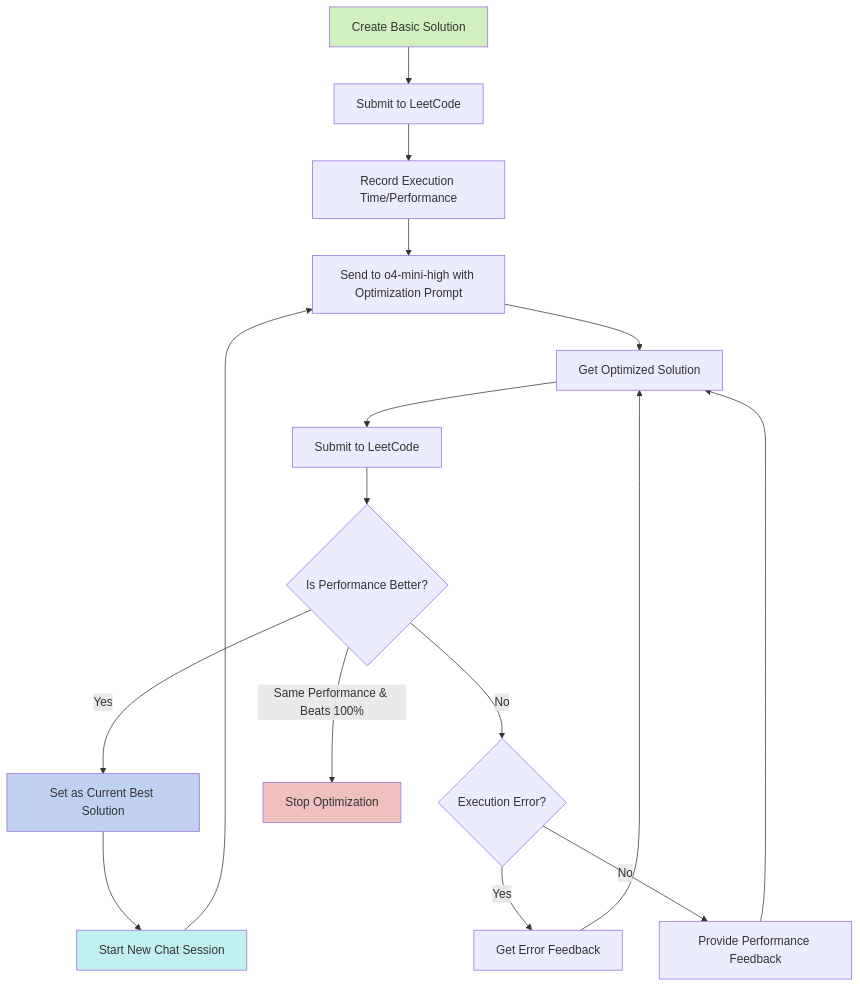
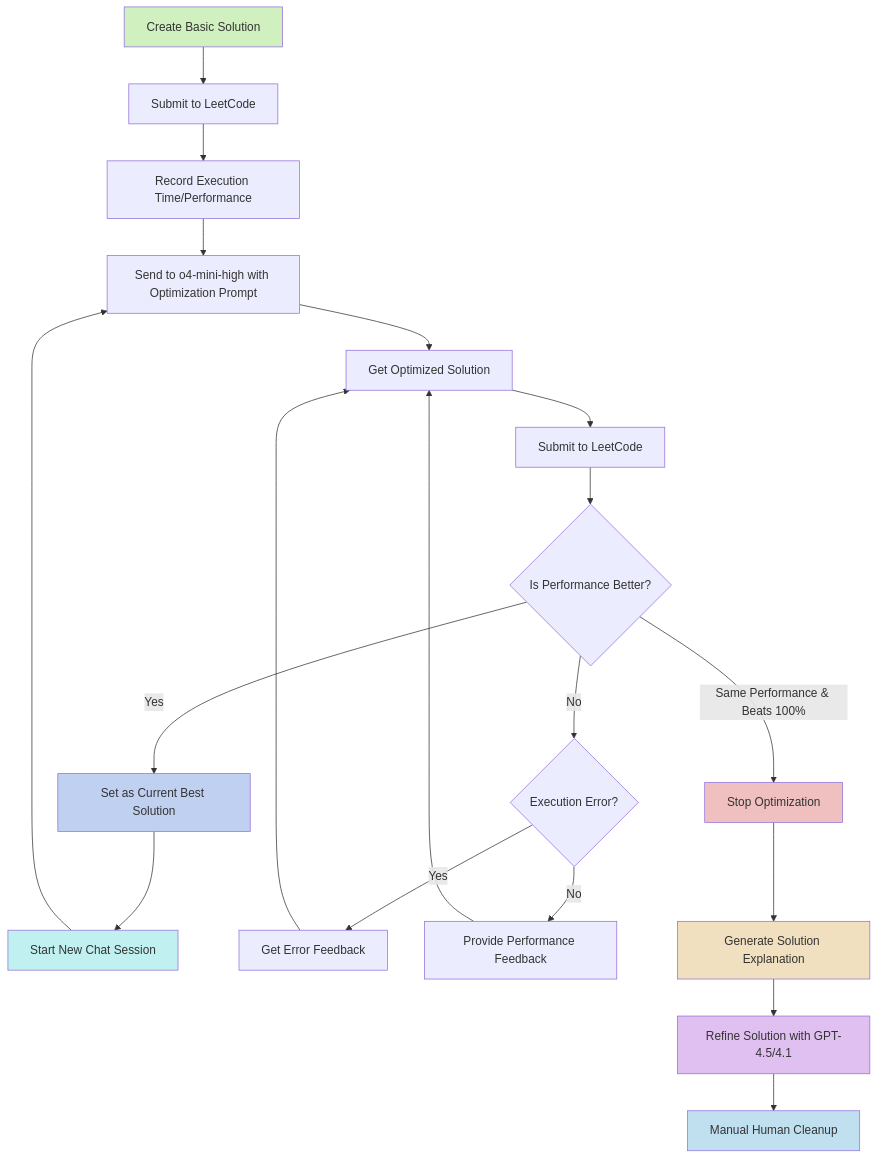
One commit to ai-twinkle/tw-leetcode changed the diagram in README.md. Above: the diagram before and after it, drawn with Mermaid. The commit also changed other lines of this file and 1 other file, not shown here.

````diff
--- a/README.md
+++ b/README.md
@@ -17,23 +17,29 @@
 ```mermaid
 flowchart TD
     A[Create Basic Solution] --> B[Submit to LeetCode]
     B --> C[Record Execution Time/Performance]
     C --> D[Send to o4-mini-high with Optimization Prompt]
     D --> E[Get Optimized Solution]
     E --> F[Submit to LeetCode]
     F --> G{Is Performance Better?}
     G -->|Yes| H[Set as Current Best Solution]
     H --> D1[Start New Chat Session]
     D1 --> D
     G -->|No| I{Execution Error?}
     I -->|Yes| J[Get Error Feedback]
     J --> E
     I -->|No| K[Provide Performance Feedback]
     K --> E
     G -->|Same Performance & Beats 100%| L[Stop Optimization]
+    L --> M[Generate Solution Explanation]
+    M --> N[Refine Solution with GPT-4.5/4.1]
+    N --> O[Manual Human Cleanup]
     
     style A fill:#d0f0c0
     style L fill:#f0c0c0
     style H fill:#c0d0f0
     style D1 fill:#c0f0f0
+    style M fill:#f0e0c0
+    style N fill:#e0c0f0
+    style O fill:#c0e0f0
 ```
````
